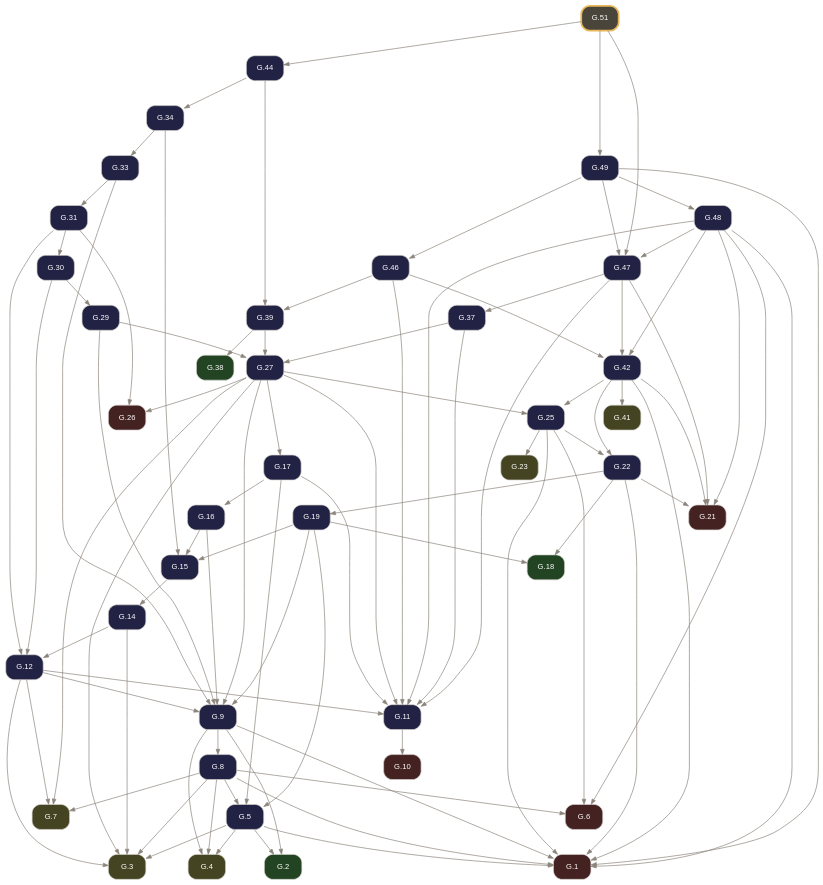
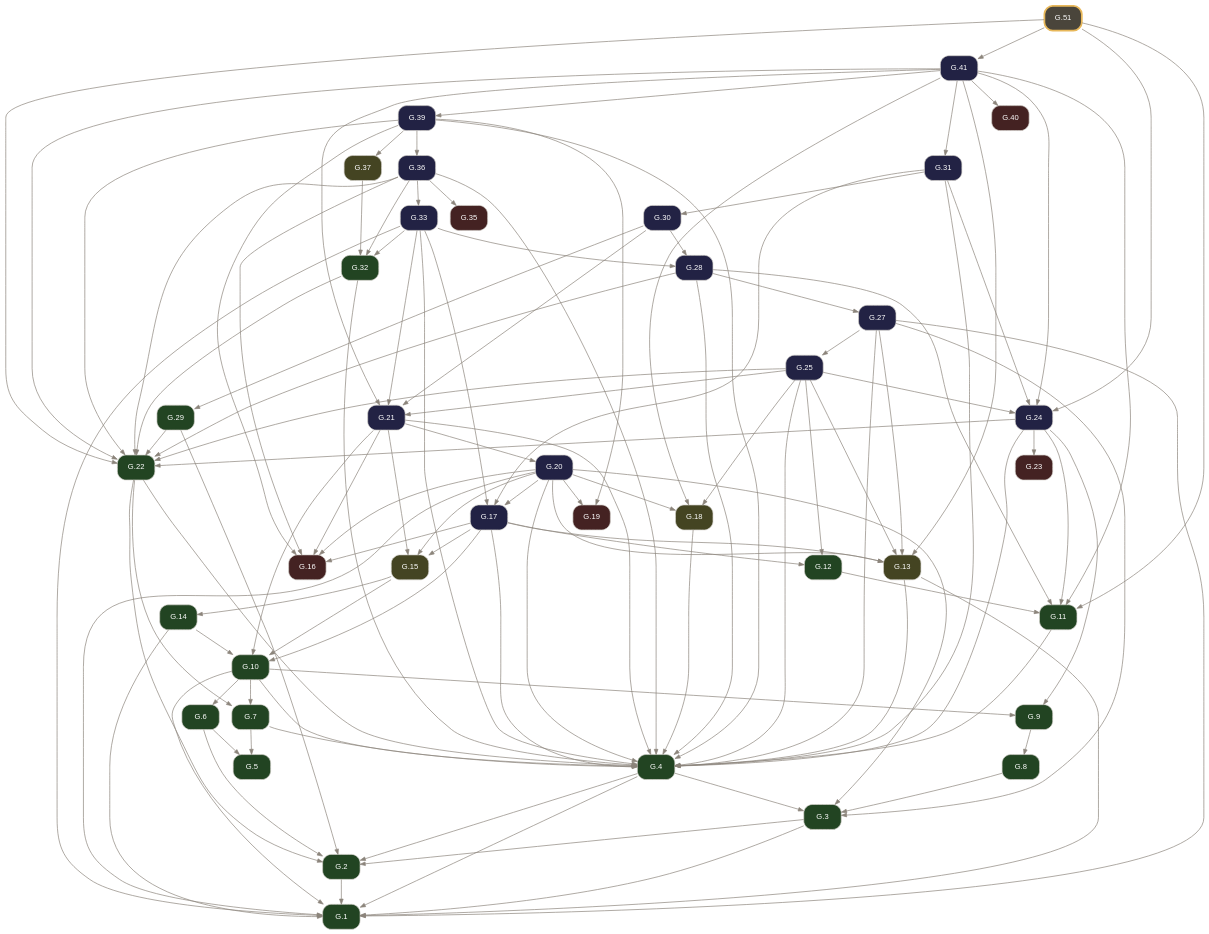
One commit to geometor/elements changed the diagram in docsrc/elements2/G.51/index.rst. Above: the diagram before and after it, drawn with Graphviz. The commit also changed other lines of this file and 2974 other files, not shown here.

Commit message:
feat(elements2): wire defined terms, short verb titles, coincidence operator, and 2-point circle notation (v0.4.0)

```diff
--- a/docsrc/elements2/G.51/index.rst
+++ b/docsrc/elements2/G.51/index.rst
@@ -95,132 +204,156 @@
      node [shape=box, style="rounded,filled", fontname="Helvetica", fontsize=11, color="#d6d3cd", fontcolor="#ffffff"];
      edge [color="#8c857b", fontcolor="#8c857b", arrowsize=0.75];
      rankdir="TB";
-     "G.1" [label="G.1", tooltip="G.1 (I.cn.1): Things equal to the same thing are equal to one another.", fillcolor="#442222", URL="../G.1/index.html", target="_top"];
-     "G.2" [label="G.2", tooltip="G.2 (I.def.15): A circle is a plane figure contained by one line such that all segments falling upon it from its center are equal.", fillcolor="#224422", URL="../G.2/index.html", target="_top"];
-     "G.3" [label="G.3", tooltip="G.3 (I.post.1): Construct a segment between any two points.", fillcolor="#444422", URL="../G.3/index.html", target="_top"];
-     "G.4" [label="G.4", tooltip="G.4 (I.post.3): Construct a circle with any center and radius.", fillcolor="#444422", URL="../G.4/index.html", target="_top"];
-     "G.5" [label="G.5", tooltip="G.5 (I.1): Construct an equilateral triangle on a given finite segment.", fillcolor="#222244", URL="../G.5/index.html", target="_top"];
-     "G.6" [label="G.6", tooltip="G.6 (I.cn.3): If equals are subtracted from equals, the remainders are equal.", fillcolor="#442222", URL="../G.6/index.html", target="_top"];
-     "G.7" [label="G.7", tooltip="G.7 (I.post.2): Extend a finite segment continuously in a straight line.", fillcolor="#444422", URL="../G.7/index.html", target="_top"];
-     "G.8" [label="G.8", tooltip="G.8 (I.2): Construct at a given point a segment equal to a given segment.", fillcolor="#222244", URL="../G.8/index.html", target="_top"];
-     "G.9" [label="G.9", tooltip="G.9 (I.3): Cut off from the greater of two unequal segments a segment equal to the less.", fillcolor="#222244", URL="../G.9/index.html", target="_top"];
-     "G.10" [label="G.10", tooltip="G.10 (I.cn.4): Things that coincide with one another are equal.", fillcolor="#442222", URL="../G.10/index.html", target="_top"];
-     "G.11" [label="G.11", tooltip="G.11 (I.4): Triangles with two sides and the included angle equal are congruent (SAS).", fillcolor="#222244", URL="../G.11/index.html", target="_top"];
-     "G.12" [label="G.12", tooltip="G.12 (I.5): In an isosceles triangle, the angles at the base are equal, and if the equal sides are extended, the angles under the base are equal.", fillcolor="#222244", URL="../G.12/index.html", target="_top"];
-     "G.14" [label="G.14", tooltip="G.14 (I.7): On the same segment and on the same side, there cannot be constructed two distinct triangles with both pairs of conterminous sides equal.", fillcolor="#222244", URL="../G.14/index.html", target="_top"];
-     "G.15" [label="G.15", tooltip="G.15 (I.8): Triangles with all three corresponding sides equal have their corresponding angles equal (SSS).", fillcolor="#222244", URL="../G.15/index.html", target="_top"];
-     "G.16" [label="G.16", tooltip="G.16 (I.9): Bisect a given angle.", fillcolor="#222244", URL="../G.16/index.html", target="_top"];
-     "G.17" [label="G.17", tooltip="G.17 (I.10): Bisect a given finite segment.", fillcolor="#222244", URL="../G.17/index.html", target="_top"];
-     "G.18" [label="G.18", tooltip="G.18 (I.def.10): When a straight line standing on a straight line makes the adjacent angles equal, each of the equal angles is a right angle, and the standing line is perpendicular to that on which...", fillcolor="#224422", URL="../G.18/index.html", target="_top"];
-     "G.19" [label="G.19", tooltip="G.19 (I.11): Construct a line at right angles to a given line from a given point on it.", fillcolor="#222244", URL="../G.19/index.html", target="_top"];
-     "G.21" [label="G.21", tooltip="G.21 (I.cn.2): If equals are added to equals, the wholes are equal.", fillcolor="#442222", URL="../G.21/index.html", target="_top"];
-     "G.22" [label="G.22", tooltip="G.22 (I.13): A ray standing on a line makes either two right angles or adjacent angles summing to two right angles.", fillcolor="#222244", URL="../G.22/index.html", target="_top"];
-     "G.23" [label="G.23", tooltip="G.23 (I.post.4): All right angles are equal.", fillcolor="#444422", URL="../G.23/index.html", target="_top"];
-     "G.25" [label="G.25", tooltip="G.25 (I.15): Intersecting lines make their vertical angles equal.", fillcolor="#222244", URL="../G.25/index.html", target="_top"];
-     "G.26" [label="G.26", tooltip="G.26 (I.cn.5): The whole is greater than the part.", fillcolor="#442222", URL="../G.26/index.html", target="_top"];
-     "G.27" [label="G.27", tooltip="G.27 (I.16): In any triangle, if one side is extended, the exterior angle is greater than either opposite interior angle.", fillcolor="#222244", URL="../G.27/index.html", target="_top"];
-     "G.29" [label="G.29", tooltip="G.29 (I.18): In any triangle, the greater side subtends the greater angle.", fillcolor="#222244", URL="../G.29/index.html", target="_top"];
-     "G.30" [label="G.30", tooltip="G.30 (I.19): In any triangle, the greater angle is subtended by the greater side.", fillcolor="#222244", URL="../G.30/index.html", target="_top"];
-     "G.31" [label="G.31", tooltip="G.31 (I.20): In any triangle, the sum of any two sides is greater than the remaining side.", fillcolor="#222244", URL="../G.31/index.html", target="_top"];
-     "G.33" [label="G.33", tooltip="G.33 (I.22): Construct a triangle from three segments equal to three given segments satisfying the triangle inequality.", fillcolor="#222244", URL="../G.33/index.html", target="_top"];
-     "G.34" [label="G.34", tooltip="G.34 (I.23): Construct on a given line at a given point an angle equal to a given angle.", fillcolor="#222244", URL="../G.34/index.html", target="_top"];
-     "G.37" [label="G.37", tooltip="G.37 (I.26): Triangles with two angles and one corresponding side equal are congruent (ASA / AAS).", fillcolor="#222244", URL="../G.37/index.html", target="_top"];
-     "G.38" [label="G.38", tooltip="G.38 (I.def.23): Parallel lines are straight lines in the same plane which, produced indefinitely in both directions, do not meet.", fillcolor="#224422", URL="../G.38/index.html", target="_top"];
-     "G.39" [label="G.39", tooltip="G.39 (I.27): If a transversal cutting two lines makes the alternate interior angles equal, the lines are parallel.", fillcolor="#222244", URL="../G.39/index.html", target="_top"];
-     "G.41" [label="G.41", tooltip="G.41 (I.post.5): Two lines intersected by a transversal with interior angles on one side summing to less than two right angles meet on that side.", fillcolor="#444422", URL="../G.41/index.html", target="_top"];
-     "G.42" [label="G.42", tooltip="G.42 (I.29): A transversal cutting parallel lines makes alternate interior angles equal, exterior and opposite interior angles equal, and same-side interior angles supplementary.", fillcolor="#222244", URL="../G.42/index.html", target="_top"];
-     "G.44" [label="G.44", tooltip="G.44 (I.31): Construct through a given point a line parallel to a given line.", fillcolor="#222244", URL="../G.44/index.html", target="_top"];
-     "G.46" [label="G.46", tooltip="G.46 (I.33): Segments joining the endpoints of equal and parallel segments in the same directions are themselves equal and parallel.", fillcolor="#222244", URL="../G.46/index.html", target="_top"];
-     "G.47" [label="G.47", tooltip="G.47 (I.34): In a parallelogram, opposite sides and opposite angles are equal, and the diagonal bisects the area.", fillcolor="#222244", URL="../G.47/index.html", target="_top"];
-     "G.48" [label="G.48", tooltip="G.48 (I.35): Parallelograms on the same base and in the same parallels are equal in area.", fillcolor="#222244", URL="../G.48/index.html", target="_top"];
-     "G.49" [label="G.49", tooltip="G.49 (I.36): Parallelograms on equal bases and in the same parallels are equal in area.", fillcolor="#222244", URL="../G.49/index.html", target="_top"];
-     "G.51" [label="G.51", tooltip="G.51 (I.38): Triangles on equal bases and in the same parallels are equal in area.", penwidth=2.5, color="#e8b85a", fillcolor="#4a453b", URL="index.html", target="_top"];
-     "G.5" -> "G.1";
-     "G.8" -> "G.1";
-     "G.9" -> "G.1";
-     "G.22" -> "G.1";
-     "G.25" -> "G.1";
-     "G.42" -> "G.1";
-     "G.48" -> "G.1";
-     "G.49" -> "G.1";
-     "G.5" -> "G.2";
-     "G.9" -> "G.2";
-     "G.5" -> "G.3";
+     "G.1" [label="G.1", tooltip="G.1 (I.def.1): A point A is that which has no part.", fillcolor="#224422", URL="../G.1/index.html", target="_top"];
+     "G.2" [label="G.2", tooltip="G.2 (I.def.2): A line [ A B ] is a projection of a relationship of two points A, B.", fillcolor="#224422", URL="../G.2/index.html", target="_top"];
+     "G.3" [label="G.3", tooltip="G.3 (I.def.3): The extremities of a segment / A B / are points A, B.", fillcolor="#224422", URL="../G.3/index.html", target="_top"];
+     "G.4" [label="G.4", tooltip="G.4 (I.def.4): A segment / A B / is a portion of a line [ A B ] between two points A, B on the line.", fillcolor="#224422", URL="../G.4/index.html", target="_top"];
+     "G.5" [label="G.5", tooltip="G.5 (I.def.5): A surface is that which has length and breadth only.", fillcolor="#224422", URL="../G.5/index.html", target="_top"];
+     "G.6" [label="G.6", tooltip="G.6 (I.def.6): The extremities of a surface are lines or arcs.", fillcolor="#224422", URL="../G.6/index.html", target="_top"];
+     "G.7" [label="G.7", tooltip="G.7 (I.def.7): A plane surface lies evenly with the lines on itself.", fillcolor="#224422", URL="../G.7/index.html", target="_top"];
+     "G.8" [label="G.8", tooltip="G.8 (I.def.13): A boundary is the extremity of anything.", fillcolor="#224422", URL="../G.8/index.html", target="_top"];
+     "G.9" [label="G.9", tooltip="G.9 (I.def.14): A figure is that which is contained by any boundary or boundaries.", fillcolor="#224422", URL="../G.9/index.html", target="_top"];
+     "G.10" [label="G.10", tooltip="G.10 (I.def.15): A circle ( A B ) is a plane figure contained by one arc defined by a center A and a point B establishing its defining radius / A B /, such that all segments / A B /, / A C /, / A D...", fillcolor="#224422", URL="../G.10/index.html", target="_top"];
+     "G.11" [label="G.11", tooltip="G.11 (I.def.19): Rectilineal figures are contained by segments: trilateral by three, quadrilateral by four, and multilateral by more than four.", fillcolor="#224422", URL="../G.11/index.html", target="_top"];
+     "G.12" [label="G.12", tooltip="G.12 (I.def.20): Of trilateral figures, an equilateral triangle < A B C > has three equal sides, an isosceles triangle < D E F > has two equal sides, and a scalene triangle < G H K > has three uneq...", fillcolor="#224422", URL="../G.12/index.html", target="_top"];
+     "G.13" [label="G.13", tooltip="G.13 (I.post.1): Construct a segment / A B / between any two points A, B.", fillcolor="#444422", URL="../G.13/index.html", target="_top"];
+     "G.14" [label="G.14", tooltip="G.14 (I.def.16): The point A within the circle ( A B ) from which all segments / A B /, / A C / to the arc are equal is called the center of the circle.", fillcolor="#224422", URL="../G.14/index.html", target="_top"];
+     "G.15" [label="G.15", tooltip="G.15 (I.post.3): Construct a circle ( A B ) with center A and defining radius point B.", fillcolor="#444422", URL="../G.15/index.html", target="_top"];
+     "G.16" [label="G.16", tooltip="G.16 (I.cn.1): Things equal to the same thing are equal to one another.", fillcolor="#442222", URL="../G.16/index.html", target="_top"];
+     "G.17" [label="G.17", tooltip="G.17 (I.1): Construct an equilateral triangle on a given segment.", fillcolor="#222244", URL="../G.17/index.html", target="_top"];
+     "G.18" [label="G.18", tooltip="G.18 (I.post.2): Extend a segment / A B / continuously along a line [ A B ] to / B C /.", fillcolor="#444422", URL="../G.18/index.html", target="_top"];
+     "G.19" [label="G.19", tooltip="G.19 (I.cn.3): If equals are subtracted from equals, the remainders are equal.", fillcolor="#442222", URL="../G.19/index.html", target="_top"];
+     "G.20" [label="G.20", tooltip="G.20 (I.2): Construct at a given point a segment equal to a given segment.", fillcolor="#222244", URL="../G.20/index.html", target="_top"];
+     "G.21" [label="G.21", tooltip="G.21 (I.3): Cut off from the greater of two unequal segments a segment equal to the less.", fillcolor="#222244", URL="../G.21/index.html", target="_top"];
+     "G.22" [label="G.22", tooltip="G.22 (I.def.8): A plane angle is the inclination to one another of two lines or arcs in a plane that meet and do not lie on the same line.", fillcolor="#224422", URL="../G.22/index.html", target="_top"];
+     "G.23" [label="G.23", tooltip="G.23 (I.cn.4): Things / A B /, / D E / that coincide with one another are equal to one another.", fillcolor="#442222", URL="../G.23/index.html", target="_top"];
+     "G.24" [label="G.24", tooltip="G.24 (I.4): Triangles with two sides and the included angle equal are congruent (SAS).", fillcolor="#222244", URL="../G.24/index.html", target="_top"];
+     "G.25" [label="G.25", tooltip="G.25 (I.5): In an isosceles triangle, the angles at the base are equal, and if the equal sides are extended, the angles under the base are equal.", fillcolor="#222244", URL="../G.25/index.html", target="_top"];
+     "G.27" [label="G.27", tooltip="G.27 (I.7): On the same segment and on the same side, there cannot be constructed two distinct triangles with both pairs of conterminous sides equal.", fillcolor="#222244", URL="../G.27/index.html", target="_top"];
+     "G.28" [label="G.28", tooltip="G.28 (I.8): Triangles with all three corresponding sides equal have their corresponding angles equal (SSS).", fillcolor="#222244", URL="../G.28/index.html", target="_top"];
+     "G.29" [label="G.29", tooltip="G.29 (I.def.9): A rectilineal angle is contained by two segments or lines.", fillcolor="#224422", URL="../G.29/index.html", target="_top"];
+     "G.30" [label="G.30", tooltip="G.30 (I.9): Bisect a given angle.", fillcolor="#222244", URL="../G.30/index.html", target="_top"];
+     "G.31" [label="G.31", tooltip="G.31 (I.10): Bisect a given segment.", fillcolor="#222244", URL="../G.31/index.html", target="_top"];
+     "G.32" [label="G.32", tooltip="G.32 (I.def.10): When a segment standing on a line makes the adjacent angles equal, each of the equal angles is a right angle, and the standing segment is perpendicular to the line.", fillcolor="#224422", URL="../G.32/index.html", target="_top"];
+     "G.33" [label="G.33", tooltip="G.33 (I.11): Construct a segment at right angles to a given line from a given point on it.", fillcolor="#222244", URL="../G.33/index.html", target="_top"];
+     "G.35" [label="G.35", tooltip="G.35 (I.cn.2): If equals are added to equals, the wholes are equal.", fillcolor="#442222", URL="../G.35/index.html", target="_top"];
+     "G.36" [label="G.36", tooltip="G.36 (I.13): A segment standing on a line makes either two right angles or adjacent angles summing to two right angles.", fillcolor="#222244", URL="../G.36/index.html", target="_top"];
+     "G.37" [label="G.37", tooltip="G.37 (I.post.4): All right angles are equal.", fillcolor="#444422", URL="../G.37/index.html", target="_top"];
+     "G.39" [label="G.39", tooltip="G.39 (I.15): Intersecting lines make their vertical angles equal.", fillcolor="#222244", URL="../G.39/index.html", target="_top"];
+     "G.40" [label="G.40", tooltip="G.40 (I.cn.5): The whole is greater than the part.", fillcolor="#442222", URL="../G.40/index.html", target="_top"];
+     "G.41" [label="G.41", tooltip="G.41 (I.16): In any triangle, if one side is extended, the exterior angle is greater than either opposite interior angle.", fillcolor="#222244", URL="../G.41/index.html", target="_top"];
+     "G.51" [label="G.51", tooltip="G.51 (I.26): Triangles with two angles and one corresponding side equal are congruent (ASA / AAS).", penwidth=2.5, color="#e8b85a", fillcolor="#4a453b", URL="index.html", target="_top"];
+     "G.2" -> "G.1";
+     "G.3" -> "G.1";
+     "G.4" -> "G.1";
+     "G.10" -> "G.1";
+     "G.13" -> "G.1";
+     "G.14" -> "G.1";
+     "G.20" -> "G.1";
+     "G.27" -> "G.1";
+     "G.33" -> "G.1";
+     "G.3" -> "G.2";
+     "G.4" -> "G.2";
+     "G.6" -> "G.2";
+     "G.22" -> "G.2";
+     "G.29" -> "G.2";
+     "G.4" -> "G.3";
      "G.8" -> "G.3";
-     "G.12" -> "G.3";
-     "G.14" -> "G.3";
+     "G.20" -> "G.3";
      "G.27" -> "G.3";
-     "G.5" -> "G.4";
-     "G.8" -> "G.4";
-     "G.9" -> "G.4";
-     "G.8" -> "G.5";
-     "G.17" -> "G.5";
-     "G.19" -> "G.5";
-     "G.8" -> "G.6";
-     "G.25" -> "G.6";
-     "G.48" -> "G.6";
-     "G.8" -> "G.7";
-     "G.12" -> "G.7";
-     "G.27" -> "G.7";
+     "G.7" -> "G.4";
+     "G.10" -> "G.4";
+     "G.11" -> "G.4";
+     "G.13" -> "G.4";
+     "G.17" -> "G.4";
+     "G.18" -> "G.4";
+     "G.20" -> "G.4";
+     "G.21" -> "G.4";
+     "G.22" -> "G.4";
+     "G.24" -> "G.4";
+     "G.25" -> "G.4";
+     "G.27" -> "G.4";
+     "G.28" -> "G.4";
+     "G.31" -> "G.4";
+     "G.32" -> "G.4";
+     "G.33" -> "G.4";
+     "G.36" -> "G.4";
+     "G.39" -> "G.4";
+     "G.6" -> "G.5";
+     "G.7" -> "G.5";
+     "G.10" -> "G.6";
+     "G.10" -> "G.7";
+     "G.22" -> "G.7";
      "G.9" -> "G.8";
-     "G.12" -> "G.9";
-     "G.16" -> "G.9";
-     "G.19" -> "G.9";
-     "G.27" -> "G.9";
-     "G.29" -> "G.9";
-     "G.33" -> "G.9";
-     "G.11" -> "G.10";
+     "G.10" -> "G.9";
+     "G.24" -> "G.9";
+     "G.14" -> "G.10";
+     "G.15" -> "G.10";
+     "G.17" -> "G.10";
+     "G.21" -> "G.10";
      "G.12" -> "G.11";
-     "G.17" -> "G.11";
-     "G.27" -> "G.11";
-     "G.37" -> "G.11";
-     "G.46" -> "G.11";
-     "G.47" -> "G.11";
-     "G.48" -> "G.11";
-     "G.14" -> "G.12";
-     "G.30" -> "G.12";
-     "G.31" -> "G.12";
+     "G.24" -> "G.11";
+     "G.28" -> "G.11";
+     "G.41" -> "G.11";
+     "G.51" -> "G.11";
+     "G.17" -> "G.12";
+     "G.25" -> "G.12";
+     "G.17" -> "G.13";
+     "G.20" -> "G.13";
+     "G.25" -> "G.13";
+     "G.27" -> "G.13";
+     "G.41" -> "G.13";
      "G.15" -> "G.14";
-     "G.16" -> "G.15";
-     "G.19" -> "G.15";
-     "G.34" -> "G.15";
+     "G.17" -> "G.15";
+     "G.20" -> "G.15";
+     "G.21" -> "G.15";
      "G.17" -> "G.16";
-     "G.27" -> "G.17";
-     "G.19" -> "G.18";
-     "G.22" -> "G.18";
-     "G.22" -> "G.19";
-     "G.22" -> "G.21";
-     "G.42" -> "G.21";
-     "G.47" -> "G.21";
-     "G.48" -> "G.21";
+     "G.20" -> "G.16";
+     "G.21" -> "G.16";
+     "G.36" -> "G.16";
+     "G.39" -> "G.16";
+     "G.20" -> "G.17";
+     "G.31" -> "G.17";
+     "G.33" -> "G.17";
+     "G.20" -> "G.18";
+     "G.25" -> "G.18";
+     "G.41" -> "G.18";
+     "G.20" -> "G.19";
+     "G.39" -> "G.19";
+     "G.21" -> "G.20";
+     "G.25" -> "G.21";
+     "G.30" -> "G.21";
+     "G.33" -> "G.21";
+     "G.41" -> "G.21";
+     "G.24" -> "G.22";
      "G.25" -> "G.22";
-     "G.42" -> "G.22";
-     "G.25" -> "G.23";
+     "G.28" -> "G.22";
+     "G.29" -> "G.22";
+     "G.32" -> "G.22";
+     "G.36" -> "G.22";
+     "G.39" -> "G.22";
+     "G.41" -> "G.22";
+     "G.51" -> "G.22";
+     "G.24" -> "G.23";
+     "G.25" -> "G.24";
+     "G.31" -> "G.24";
+     "G.41" -> "G.24";
+     "G.51" -> "G.24";
      "G.27" -> "G.25";
-     "G.42" -> "G.25";
-     "G.27" -> "G.26";
-     "G.31" -> "G.26";
-     "G.29" -> "G.27";
-     "G.37" -> "G.27";
-     "G.39" -> "G.27";
+     "G.28" -> "G.27";
+     "G.30" -> "G.28";
+     "G.33" -> "G.28";
      "G.30" -> "G.29";
      "G.31" -> "G.30";
-     "G.33" -> "G.31";
-     "G.34" -> "G.33";
-     "G.44" -> "G.34";
-     "G.47" -> "G.37";
-     "G.39" -> "G.38";
-     "G.44" -> "G.39";
-     "G.46" -> "G.39";
-     "G.42" -> "G.41";
-     "G.46" -> "G.42";
-     "G.47" -> "G.42";
-     "G.48" -> "G.42";
-     "G.51" -> "G.44";
-     "G.49" -> "G.46";
-     "G.48" -> "G.47";
-     "G.49" -> "G.47";
-     "G.51" -> "G.47";
-     "G.49" -> "G.48";
-     "G.51" -> "G.49";
+     "G.41" -> "G.31";
+     "G.33" -> "G.32";
+     "G.36" -> "G.32";
+     "G.37" -> "G.32";
+     "G.36" -> "G.33";
+     "G.36" -> "G.35";
+     "G.39" -> "G.36";
+     "G.39" -> "G.37";
+     "G.41" -> "G.39";
+     "G.41" -> "G.40";
+     "G.51" -> "G.41";
    }
```
